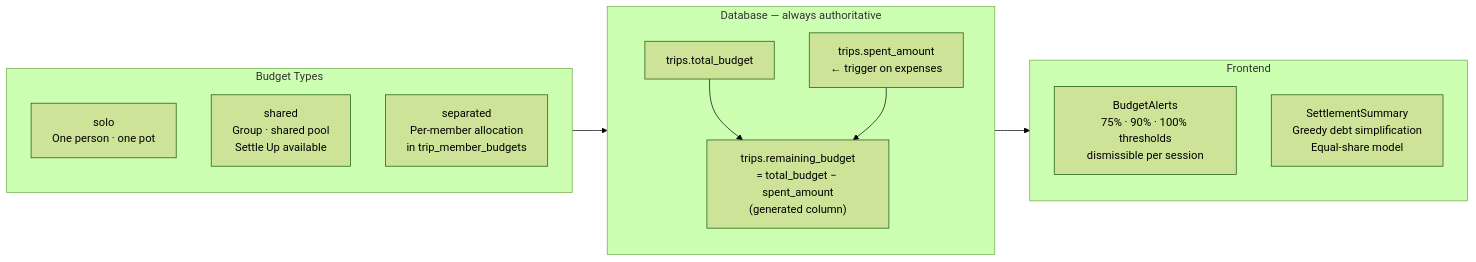
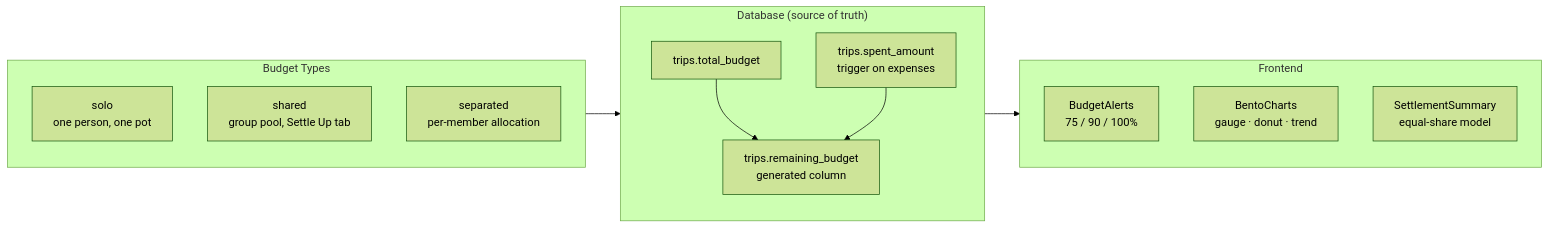
Diagram 16 of 16 in portfolio-react/public/docs/travelluhh.md (snsyaqirah/snsyaqirah.github.io), drawn with Mermaid (forest theme) before and after one commit. The commit also changed other lines of this file and 101 other files, not shown here.

````diff
--- a/portfolio-react/public/docs/travelluhh.md
+++ b/portfolio-react/public/docs/travelluhh.md
@@ -554,24 +595,25 @@
 ```mermaid
 flowchart LR
-    subgraph DB ["Database — always authoritative"]
+    subgraph DB ["Database (source of truth)"]
         T["trips.total_budget"]
-        S["trips.spent_amount\n← trigger on expenses"]
-        R["trips.remaining_budget\n= total_budget − spent_amount\n(generated column)"]
+        S["trips.spent_amount<br/>trigger on expenses"]
+        R["trips.remaining_budget<br/>generated column"]
         T --> R
         S --> R
     end
 
     subgraph Modes ["Budget Types"]
-        SOLO["solo\nOne person · one pot"]
-        SHARED["shared\nGroup · shared pool\nSettle Up available"]
-        SEP["separated\nPer-member allocation\nin trip_member_budgets"]
+        SOLO["solo<br/>one person, one pot"]
+        SHARED["shared<br/>group pool, Settle Up tab"]
+        SEP["separated<br/>per-member allocation"]
     end
 
     subgraph FE ["Frontend"]
-        ALERTS["BudgetAlerts\n75% · 90% · 100% thresholds\ndismissible per session"]
-        SETTLE["SettlementSummary\nGreedy debt simplification\nEqual-share model"]
+        ALERTS["BudgetAlerts<br/>75 / 90 / 100%"]
+        BENTO["BentoCharts<br/>gauge · donut · trend"]
+        SETTLE["SettlementSummary<br/>equal-share model"]
     end
 
+    Modes --> DB
     DB --> FE
-    Modes --> DB
 ```
````
